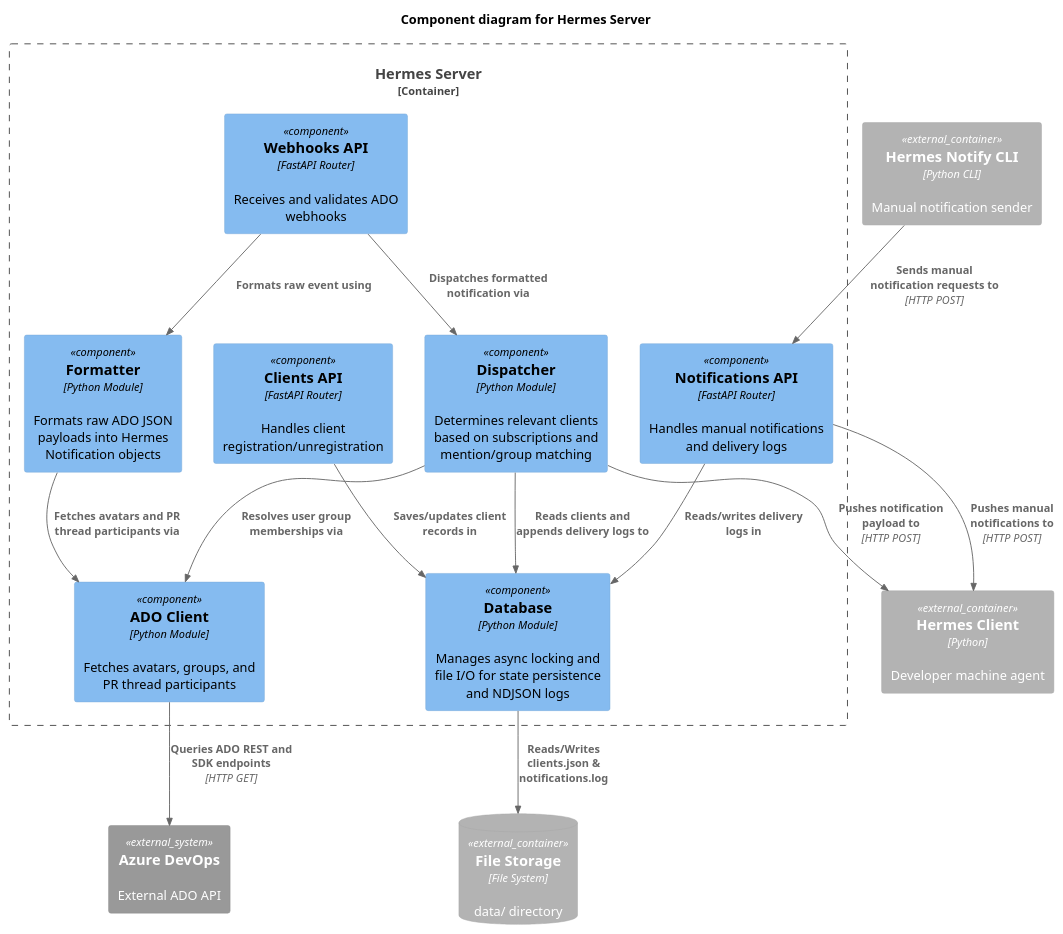
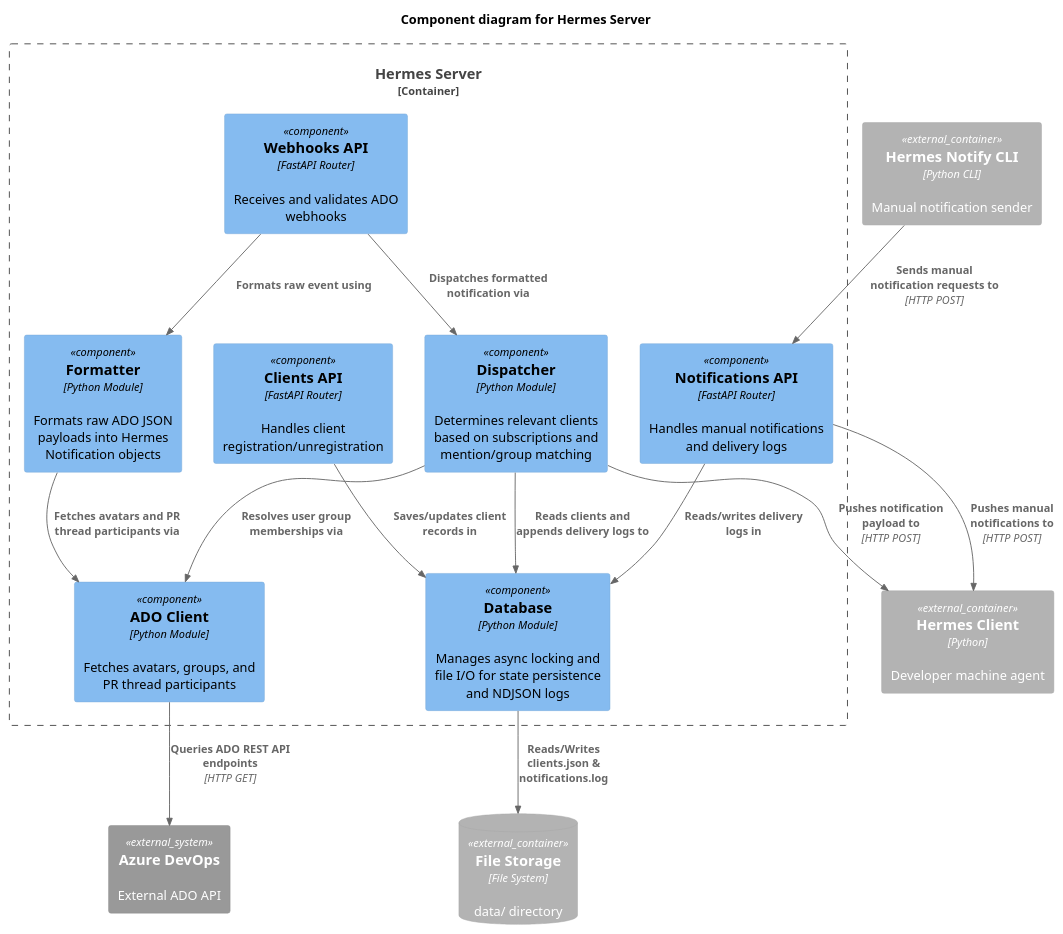
The diagram in design/component.puml (dcollison/hermes), drawn with PlantUML before and after one commit. The commit also changed 5 other files, not shown here.

```diff
--- a/design/component.puml
+++ b/design/component.puml
@@ -1,33 +1,33 @@
 @startuml
 !include https://raw.githubusercontent.com/plantuml-stdlib/C4-PlantUML/master/C4_Component.puml
 
 title Component diagram for Hermes Server
 
 Container_Ext(client, "Hermes Client", "Python", "Developer machine agent")
 Container_Ext(cli, "Hermes Notify CLI", "Python CLI", "Manual notification sender")
 System_Ext(ado, "Azure DevOps", "External ADO API")
 ContainerDb_Ext(db, "File Storage", "File System", "data/ directory")
 
 Container_Boundary(server, "Hermes Server") {
     Component(webhooks_api, "Webhooks API", "FastAPI Router", "Receives and validates ADO webhooks")
     Component(clients_api, "Clients API", "FastAPI Router", "Handles client registration/unregistration")
     Component(notifications_api, "Notifications API", "FastAPI Router", "Handles manual notifications and delivery logs")
     Component(dispatcher, "Dispatcher", "Python Module", "Determines relevant clients based on subscriptions and mention/group matching")
     Component(formatter, "Formatter", "Python Module", "Formats raw ADO JSON payloads into Hermes Notification objects")
     Component(ado_client, "ADO Client", "Python Module", "Fetches avatars, groups, and PR thread participants")
     Component(database, "Database", "Python Module", "Manages async locking and file I/O for state persistence and NDJSON logs")
 }
 
 Rel(webhooks_api, formatter, "Formats raw event using")
 Rel(webhooks_api, dispatcher, "Dispatches formatted notification via")
 Rel(formatter, ado_client, "Fetches avatars and PR thread participants via")
 Rel(dispatcher, ado_client, "Resolves user group memberships via")
-Rel(ado_client, ado, "Queries ADO REST and SDK endpoints", "HTTP GET")
+Rel(ado_client, ado, "Queries ADO REST API endpoints", "HTTP GET")
 Rel(clients_api, database, "Saves/updates client records in")
 Rel(notifications_api, database, "Reads/writes delivery logs in")
 Rel(notifications_api, client, "Pushes manual notifications to", "HTTP POST")
 Rel(cli, notifications_api, "Sends manual notification requests to", "HTTP POST")
 Rel(dispatcher, database, "Reads clients and appends delivery logs to")
 Rel(database, db, "Reads/Writes clients.json & notifications.log")
 Rel(dispatcher, client, "Pushes notification payload to", "HTTP POST")
 @enduml
```
